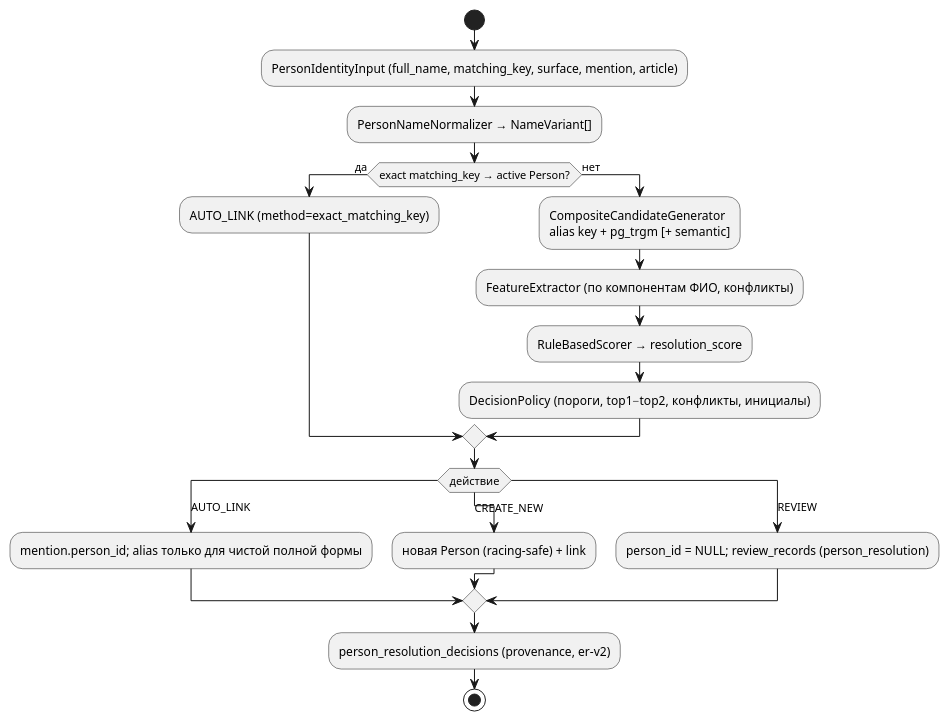
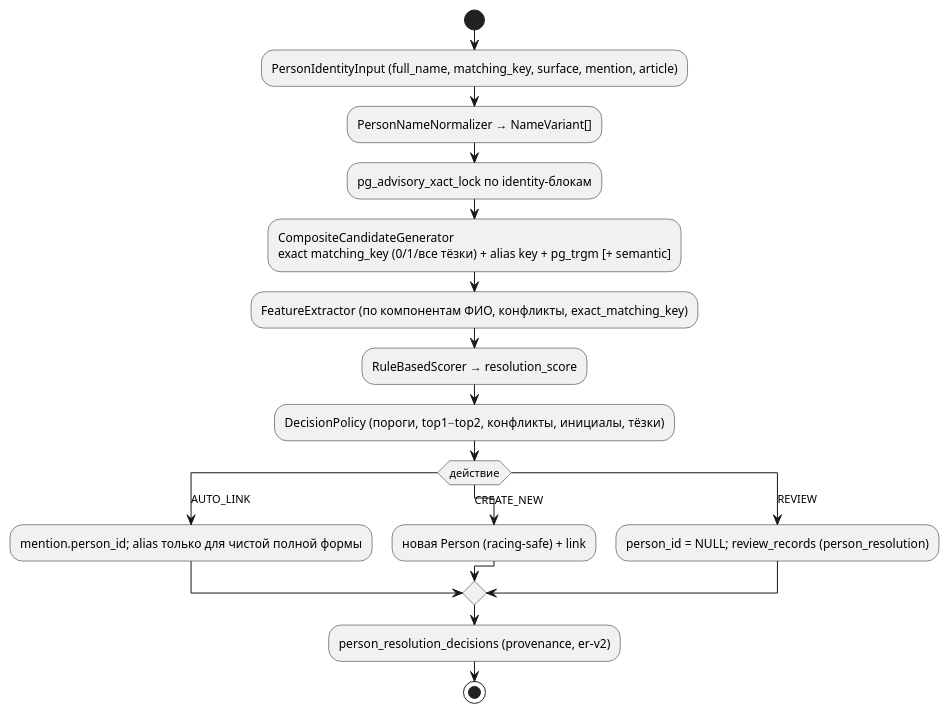
The diagram in docs/wiki/Entity-Resolution.md (megannnn98/court-monitor), drawn with PlantUML before and after one commit. The commit also changed other lines of this file and 36 other files, not shown here.

First line of the commit message:
fix: treat matching_key as a candidate lookup key, not an identity key

````diff
--- a/docs/wiki/Entity-Resolution.md
+++ b/docs/wiki/Entity-Resolution.md
@@ -7,25 +7,22 @@
 ```plantuml
 @startuml
 start
 :PersonIdentityInput (full_name, matching_key, surface, mention, article);
 :PersonNameNormalizer → NameVariant[];
-if (exact matching_key → active Person?) then (да)
-  :AUTO_LINK (method=exact_matching_key);
-else (нет)
-  :CompositeCandidateGenerator\nalias key + pg_trgm [+ semantic];
-  :FeatureExtractor (по компонентам ФИО, конфликты);
-  :RuleBasedScorer → resolution_score;
-  :DecisionPolicy (пороги, top1−top2, конфликты, инициалы);
-endif
+:pg_advisory_xact_lock по identity-блокам;
+:CompositeCandidateGenerator\nexact matching_key (0/1/все тёзки) + alias key + pg_trgm [+ semantic];
+:FeatureExtractor (по компонентам ФИО, конфликты, exact_matching_key);
+:RuleBasedScorer → resolution_score;
+:DecisionPolicy (пороги, top1−top2, конфликты, инициалы, тёзки);
 switch (действие)
 case (AUTO_LINK)
   :mention.person_id; alias только для чистой полной формы;
 case (CREATE_NEW)
   :новая Person (racing-safe) + link;
 case (REVIEW)
   :person_id = NULL; review_records (person_resolution);
 endswitch
 :person_resolution_decisions (provenance, er-v2);
 stop
 @enduml
 ```
````
